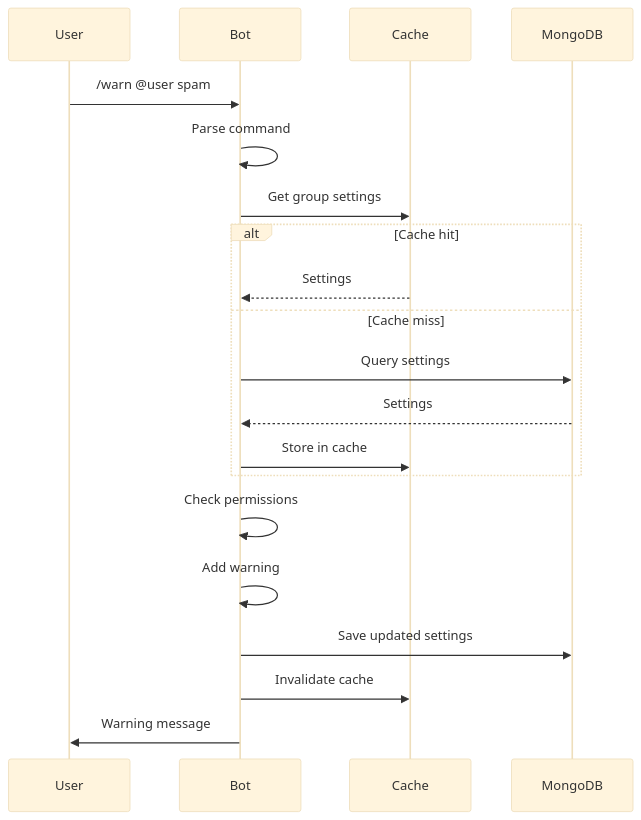
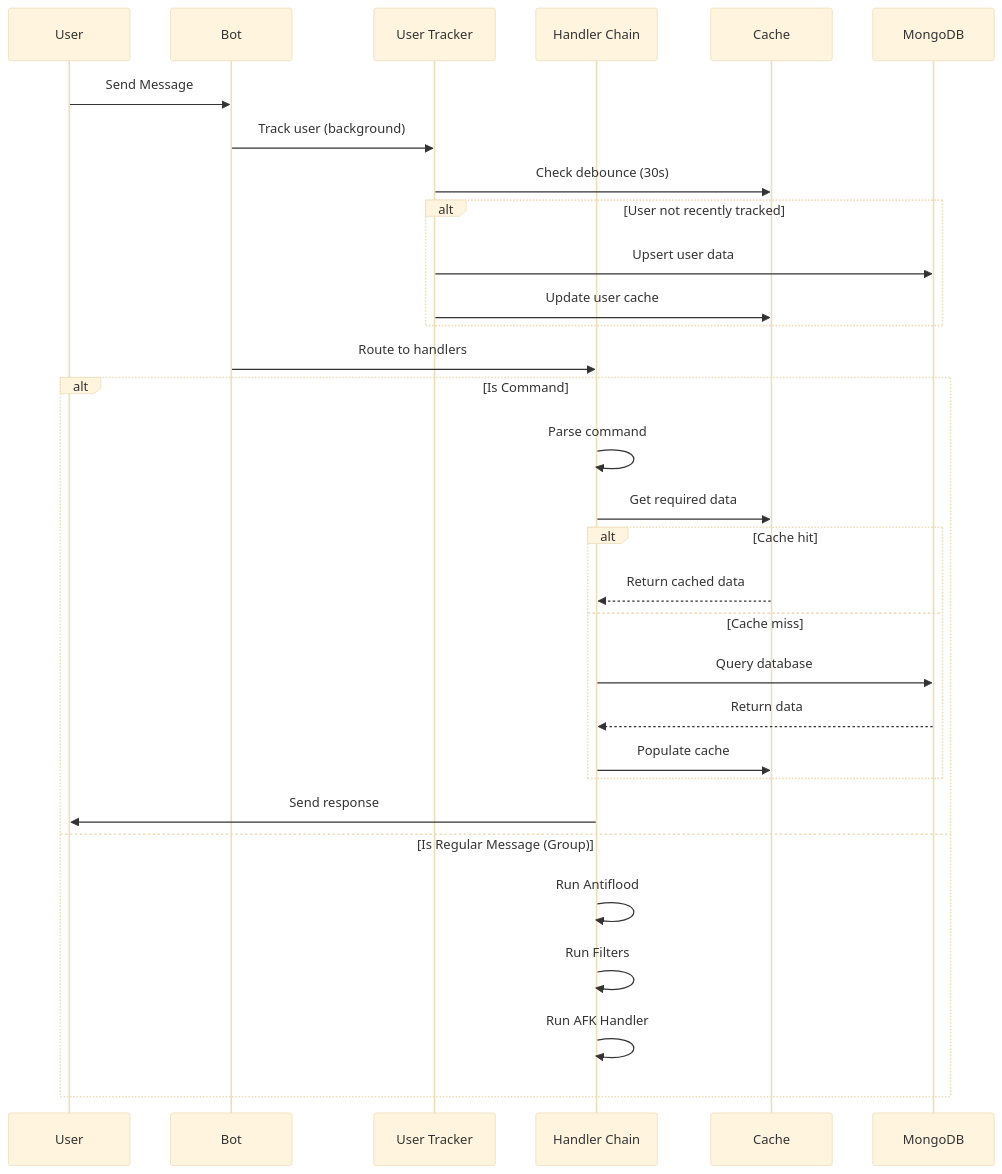
One commit to ziyu4/Elysium changed the second of 3 diagrams in README.md. Above: the diagram before and after it, drawn with Mermaid (base theme). The commit also changed other lines of this file, not shown here.

Commit message:
docs: enhance README with detailed architecture, request flow, caching strategy, component responsibilities, and technical specifications.

````diff
--- a/README.md
+++ b/README.md
@@ -59,23 +56,37 @@
 ```mermaid
 sequenceDiagram
-    participant U as User
-    participant B as Bot
-    participant C as Cache
-    participant D as MongoDB
-
-    U->>B: /warn @user spam
-    B->>B: Parse command
-    B->>C: Get group settings
-    alt Cache hit
-        C-->>B: Settings
-    else Cache miss
-        B->>D: Query settings
-        D-->>B: Settings
-        B->>C: Store in cache
+    participant User
+    participant Bot
+    participant Tracker as User Tracker
+    participant Handler as Handler Chain
+    participant Cache
+    participant DB as MongoDB
+    
+    User->>Bot: Send Message
+    Bot->>Tracker: Track user (background)
+    Tracker->>Cache: Check debounce (30s)
+    
+    alt User not recently tracked
+        Tracker->>DB: Upsert user data
+        Tracker->>Cache: Update user cache
     end
-    B->>B: Check permissions
-    B->>B: Add warning
-    B->>D: Save updated settings
-    B->>C: Invalidate cache
-    B->>U: Warning message
+    
+    Bot->>Handler: Route to handlers
+    
+    alt Is Command
+        Handler->>Handler: Parse command
+        Handler->>Cache: Get required data
+        alt Cache hit
+            Cache-->>Handler: Return cached data
+        else Cache miss
+            Handler->>DB: Query database
+            DB-->>Handler: Return data
+            Handler->>Cache: Populate cache
+        end
+        Handler->>User: Send response
+    else Is Regular Message (Group)
+        Handler->>Handler: Run Antiflood
+        Handler->>Handler: Run Filters
+        Handler->>Handler: Run AFK Handler
+    end
 ```
````
